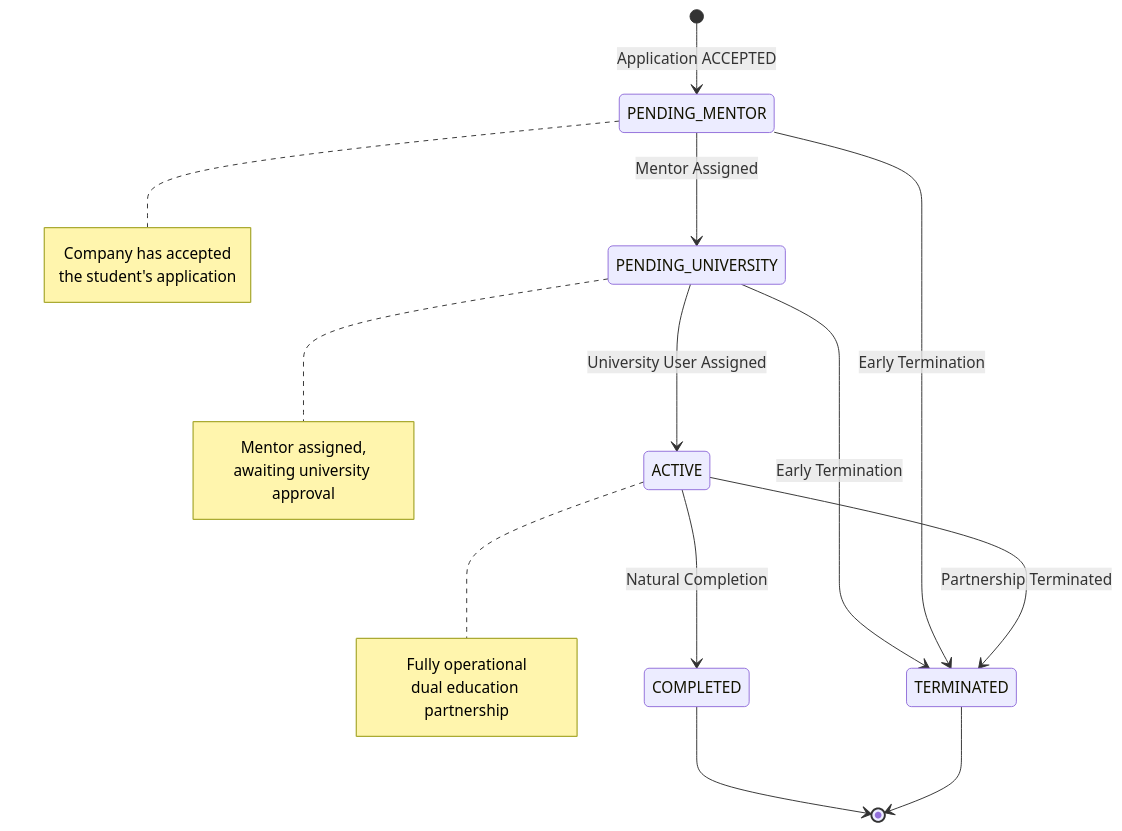
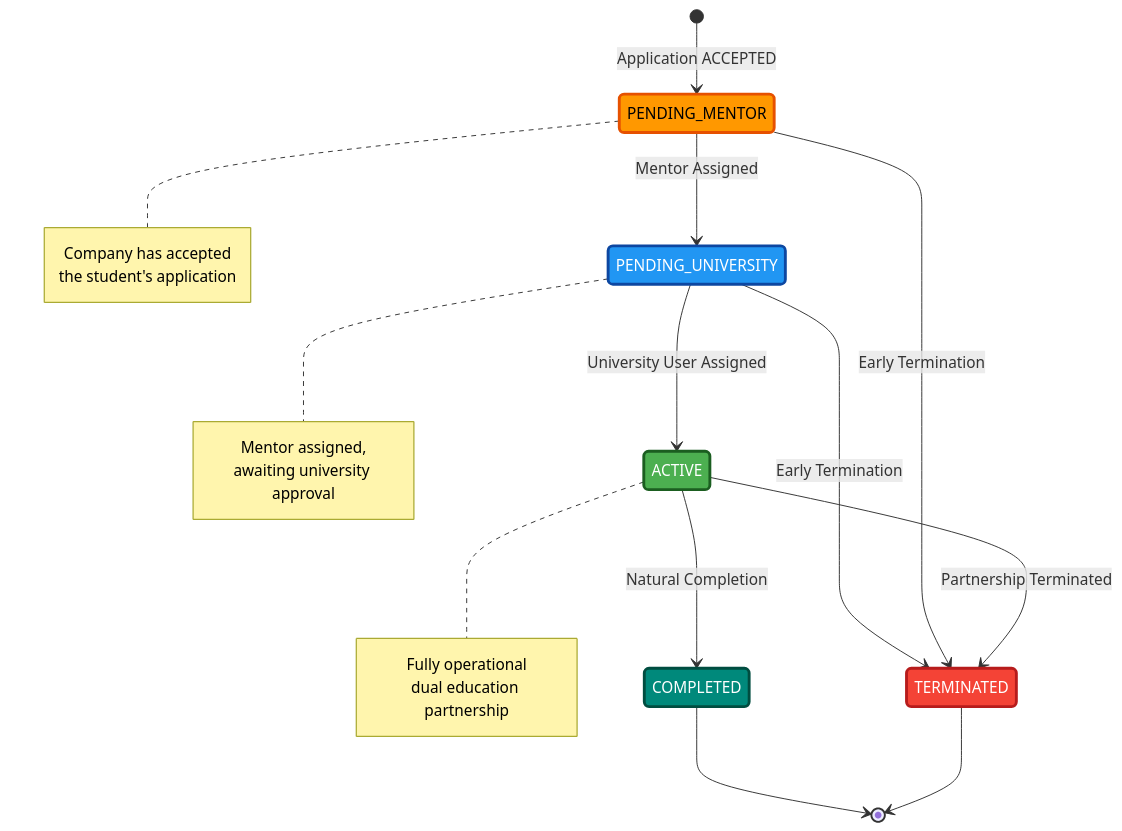
The fifth of 7 diagrams in README.md (DrozsdikAdam/dual-kepzes-backend), drawn with Mermaid before and after one commit. The commit also changed other lines of this file, not shown here.

````diff
--- a/README.md
+++ b/README.md
@@ -296,32 +296,38 @@
 ```mermaid
 stateDiagram-v2
     [*] --> PENDING_MENTOR: Application ACCEPTED
 
     PENDING_MENTOR --> PENDING_UNIVERSITY: Mentor Assigned
     
     PENDING_UNIVERSITY --> ACTIVE: University User Assigned
     
     ACTIVE --> TERMINATED: Partnership Terminated
     ACTIVE --> COMPLETED: Natural Completion
     
     PENDING_MENTOR --> TERMINATED: Early Termination
     PENDING_UNIVERSITY --> TERMINATED: Early Termination
     
     TERMINATED --> [*]
     COMPLETED --> [*]
     
     note right of PENDING_MENTOR
         Company has accepted
         the student's application
     end note
     
     note right of PENDING_UNIVERSITY
         Mentor assigned,
         awaiting university approval
     end note
     
     note right of ACTIVE
         Fully operational
         dual education partnership
     end note
+    
+    style PENDING_MENTOR fill:#ff9800,stroke:#e65100,stroke-width:3px,color:#000
+    style PENDING_UNIVERSITY fill:#2196f3,stroke:#0d47a1,stroke-width:3px,color:#fff
+    style ACTIVE fill:#4caf50,stroke:#1b5e20,stroke-width:3px,color:#fff
+    style TERMINATED fill:#f44336,stroke:#b71c1c,stroke-width:3px,color:#fff
+    style COMPLETED fill:#00897b,stroke:#004d40,stroke-width:3px,color:#fff
 ```
````
